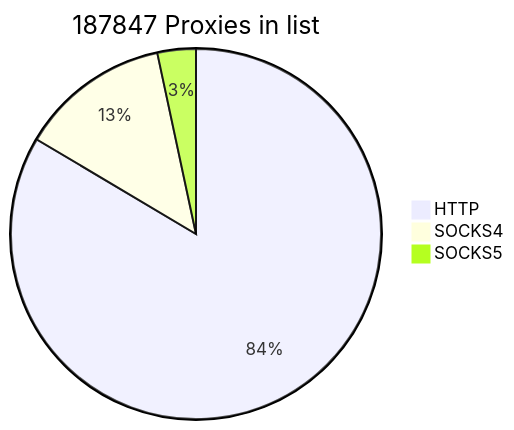
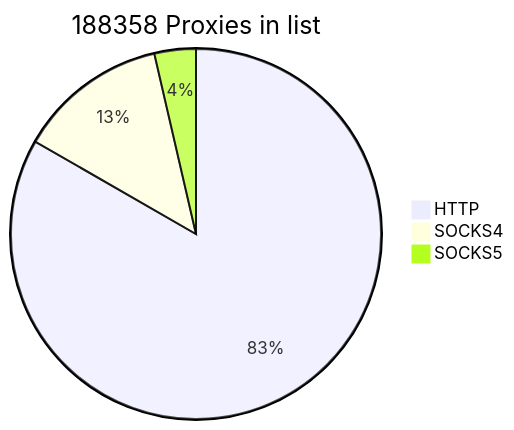
Before and after one commit to cutipu/proxylist: the first of 2 diagrams in README.md, drawn with Mermaid. The commit also changed other lines of this file, not shown here.

````diff
--- a/README.md
+++ b/README.md
@@ -2,7 +2,7 @@
 ```mermaid
-pie title 187847 Proxies in list
+pie title 188358 Proxies in list
     "HTTP" : 156910
     "SOCKS4" : 24637
-    "SOCKS5" : 6300
+    "SOCKS5" : 6811
             
 ```
````
